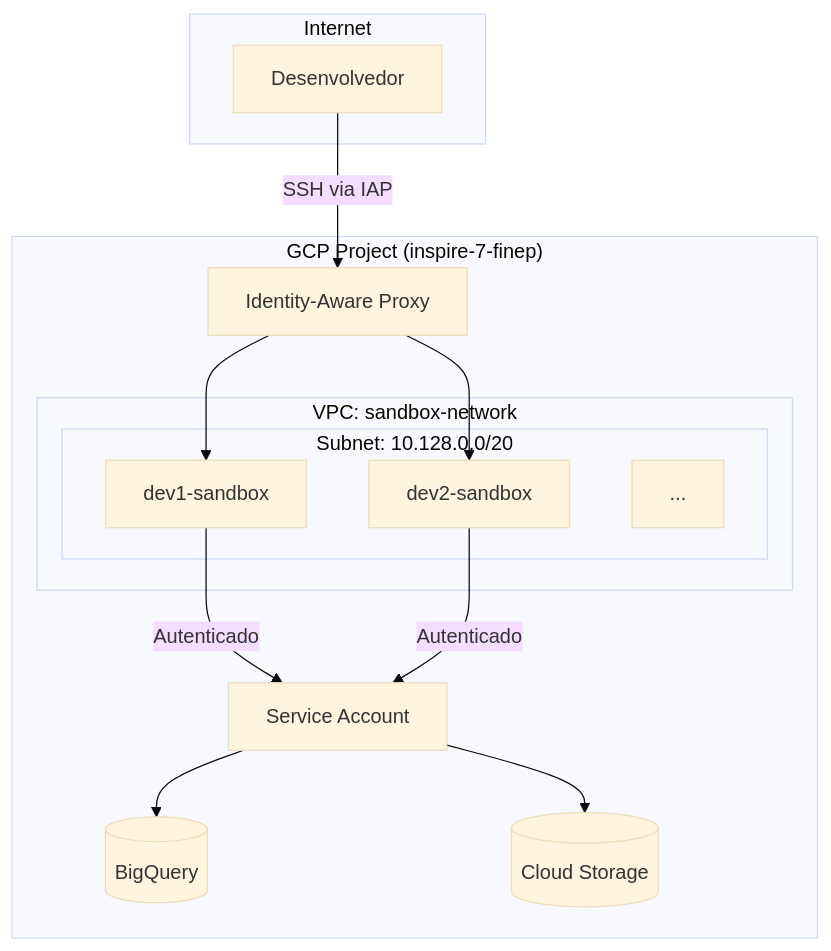
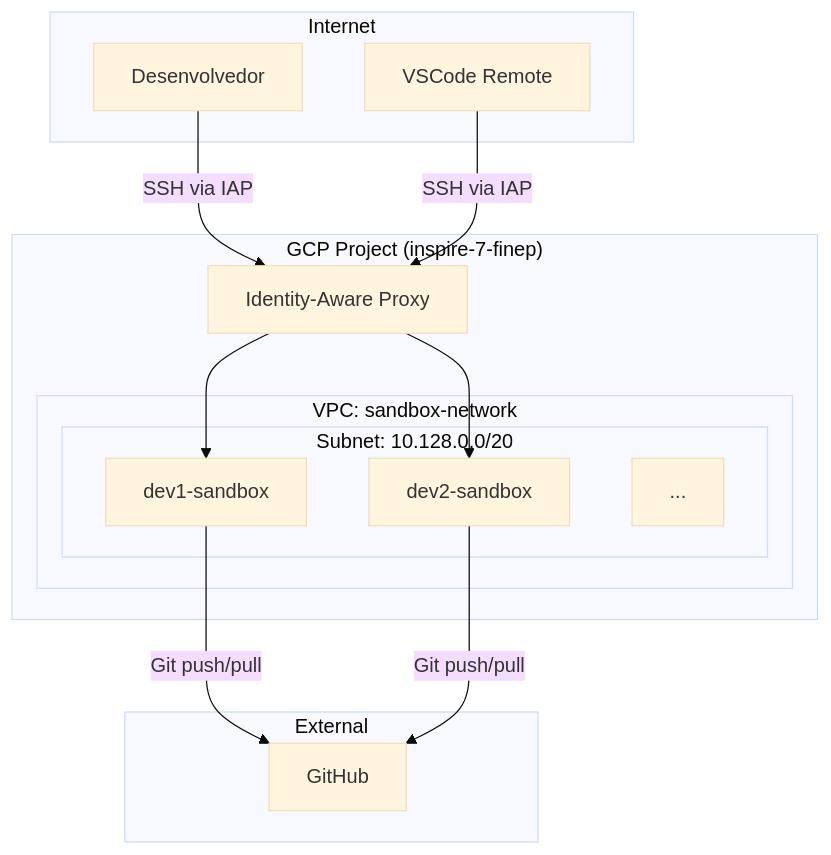
Before and after one commit to destaquesgovbr/docs: the first of 2 diagrams in docs/infraestrutura/sandbox-vms.md, drawn with Mermaid (base theme). The commit also changed other lines of this file and 1 other file, not shown here.

Commit message:
docs: focus sandbox docs on code development
Remove BigQuery/data processing references - sandboxes are
currently for code development only. BigQuery integration
will be added in the future.

Changes:
- Updated home page diagram and benefits
- Updated sandbox-vms.md architecture diagram
- Simplified machine types table
- Changed messaging from "data processing" to "code development"

🤖 Generated with [Claude Code](https://claude.com/claude-code)

````diff
--- a/docs/infraestrutura/sandbox-vms.md
+++ b/docs/infraestrutura/sandbox-vms.md
@@ -32,29 +32,29 @@
 ```mermaid
 flowchart TB
     subgraph Internet
         Dev[Desenvolvedor]
+        VSCode[VSCode Remote]
     end
 
     subgraph GCP["GCP Project (inspire-7-finep)"]
         IAP[Identity-Aware Proxy]
 
         subgraph VPC["VPC: sandbox-network"]
             subgraph Subnet["Subnet: 10.128.0.0/20"]
                 VM1[dev1-sandbox]
                 VM2[dev2-sandbox]
                 VMn[...]
             end
         end
+    end
 
-        SA[Service Account]
-        BQ[(BigQuery)]
-        GCS[(Cloud Storage)]
+    subgraph External
+        GH[GitHub]
     end
 
     Dev -->|SSH via IAP| IAP
+    VSCode -->|SSH via IAP| IAP
     IAP --> VM1
     IAP --> VM2
-    VM1 & VM2 -->|Autenticado| SA
-    SA --> BQ
-    SA --> GCS
+    VM1 & VM2 -->|Git push/pull| GH
 ```
````
